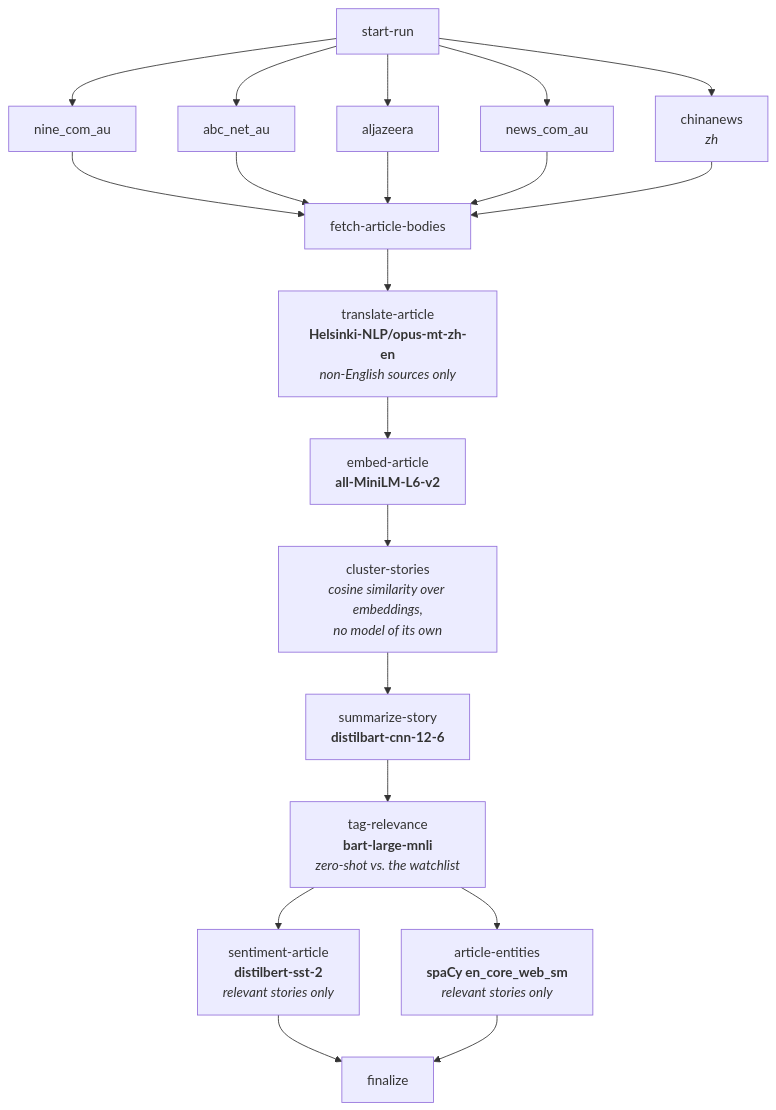
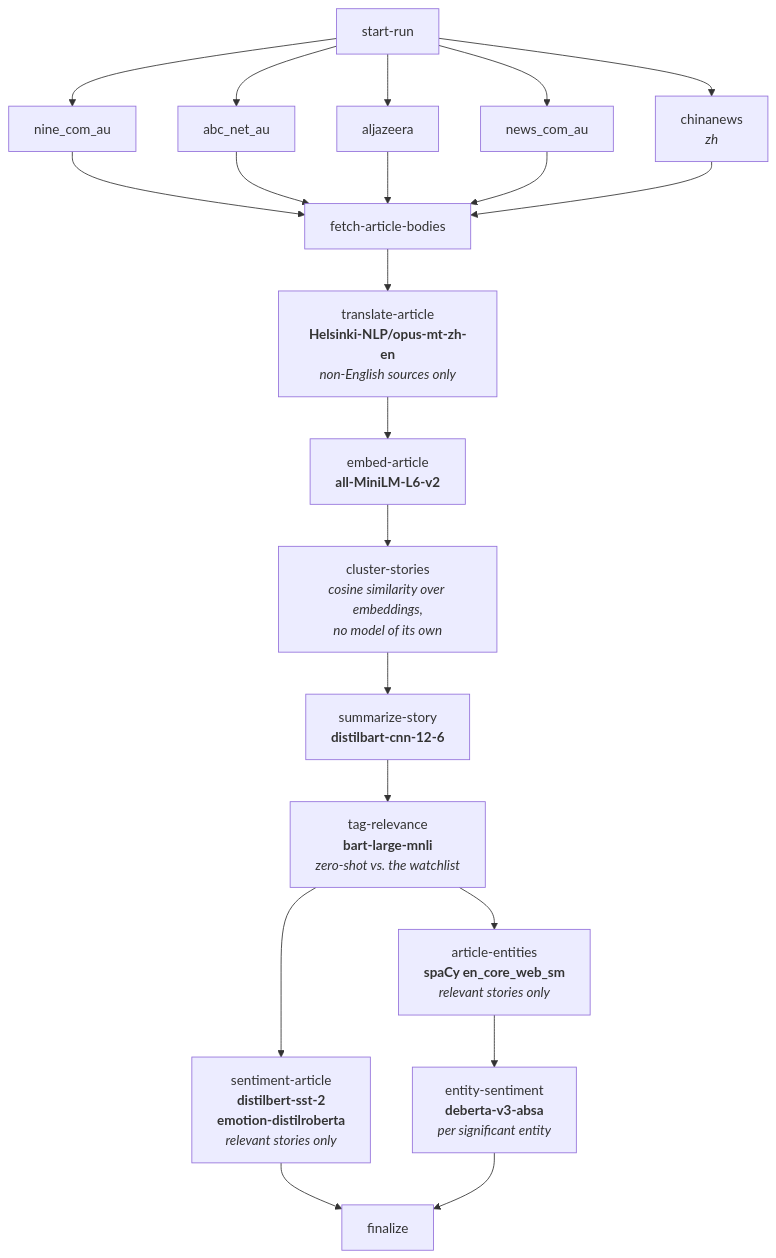
Before and after one commit to HGranger77/myopic: the diagram in README.md, drawn with Mermaid. The commit also changed other lines of this file and 15 other files, not shown here.

````diff
--- a/README.md
+++ b/README.md
@@ -38,26 +38,27 @@
 ```mermaid
 flowchart TD
     SR[start-run]
 
     D1[nine_com_au]
     D2[abc_net_au]
     D3[aljazeera]
     D4[news_com_au]
     D5["chinanews<br/><i>zh</i>"]
 
     FAB[fetch-article-bodies]
     TA["translate-article<br/><b>Helsinki-NLP/opus-mt-zh-en</b><br/><i>non-English sources only</i>"]
     EA["embed-article<br/><b>all-MiniLM-L6-v2</b>"]
     CS["cluster-stories<br/><i>cosine similarity over embeddings,<br/>no model of its own</i>"]
     SS["summarize-story<br/><b>distilbart-cnn-12-6</b>"]
     TR["tag-relevance<br/><b>bart-large-mnli</b><br/><i>zero-shot vs. the watchlist</i>"]
-    SA["sentiment-article<br/><b>distilbert-sst-2</b><br/><i>relevant stories only</i>"]
+    SA["sentiment-article<br/><b>distilbert-sst-2</b><br/><b>emotion-distilroberta</b><br/><i>relevant stories only</i>"]
     ART["article-entities<br/><b>spaCy en_core_web_sm</b><br/><i>relevant stories only</i>"]
+    ES["entity-sentiment<br/><b>deberta-v3-absa</b><br/><i>per significant entity</i>"]
     FIN[finalize]
 
     SR --> D1 & D2 & D3 & D4 & D5
     D1 & D2 & D3 & D4 & D5 --> FAB
     FAB --> TA --> EA --> CS --> SS --> TR
     TR --> SA --> FIN
-    TR --> ART --> FIN
+    TR --> ART --> ES --> FIN
 ```
````
